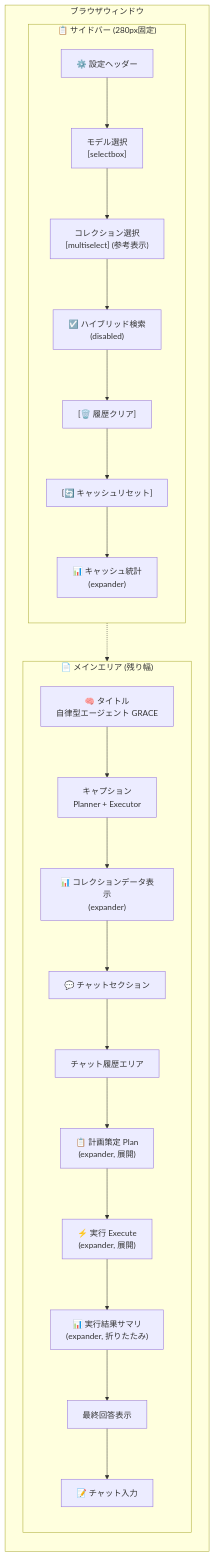
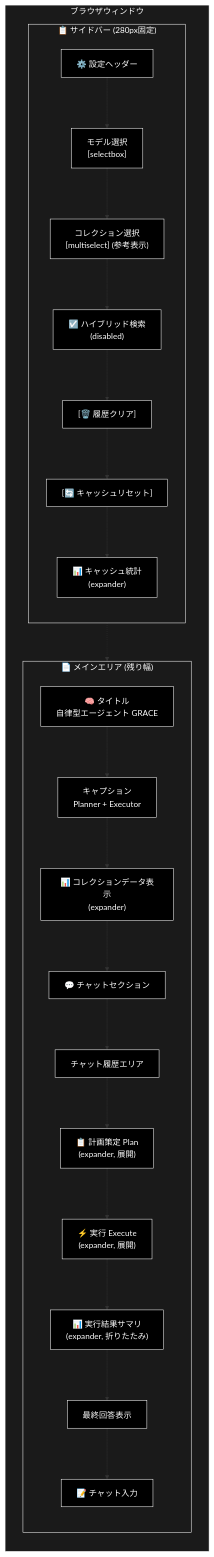
Before and after one commit to nakashima2toshio/ollama_grace_agent_v2: the third of 13 diagrams in README.md, drawn with Mermaid. The commit also changed other lines of this file, not shown here.

First line of the commit message:
docs(README): apply mandatory black-bg Mermaid style + fix grace_chat_page.py refs

````diff
--- a/README.md
+++ b/README.md
@@ -188,33 +201,39 @@
 ```mermaid
 flowchart TB
     subgraph Browser["ブラウザウィンドウ"]
         direction TB
         subgraph Sidebar["📋 サイドバー (280px固定)"]
             direction TB
             S1["⚙️ 設定ヘッダー"]
             S2["モデル選択<br/>[selectbox]"]
             S3["コレクション選択<br/>[multiselect] (参考表示)"]
             S4["☑️ ハイブリッド検索<br/>(disabled)"]
             S5["[🗑️ 履歴クリア]"]
             S6["[🔄 キャッシュリセット]"]
             S7["📊 キャッシュ統計<br/>(expander)"]
             S1 --> S2 --> S3 --> S4 --> S5 --> S6 --> S7
         end
         subgraph Main["📄 メインエリア (残り幅)"]
             direction TB
             M1["🧠 タイトル<br/>自律型エージェント GRACE"]
             M2["キャプション<br/>Planner + Executor"]
             M3["📊 コレクションデータ表示<br/>(expander)"]
             M4["💬 チャットセクション"]
             M5["チャット履歴エリア"]
             M6["📋 計画策定 Plan<br/>(expander, 展開)"]
             M7["⚡ 実行 Execute<br/>(expander, 展開)"]
             M8["📊 実行結果サマリ<br/>(expander, 折りたたみ)"]
             M9["最終回答表示"]
             M10["📝 チャット入力"]
             M1 --> M2 --> M3 --> M4 --> M5 --> M6 --> M7 --> M8 --> M9 --> M10
         end
     end
 
     Sidebar -.-> Main
+classDef default fill:#000,stroke:#fff,color:#fff
+classDef subgraphStyle fill:#1a1a1a,stroke:#fff,color:#fff
+class S1,S2,S3,S4,S5,S6,S7,M1,M2,M3,M4,M5,M6,M7,M8,M9,M10 default
+style Browser fill:#1a1a1a,stroke:#fff,color:#fff
+style Sidebar fill:#1a1a1a,stroke:#fff,color:#fff
+style Main fill:#1a1a1a,stroke:#fff,color:#fff
 ```
````
